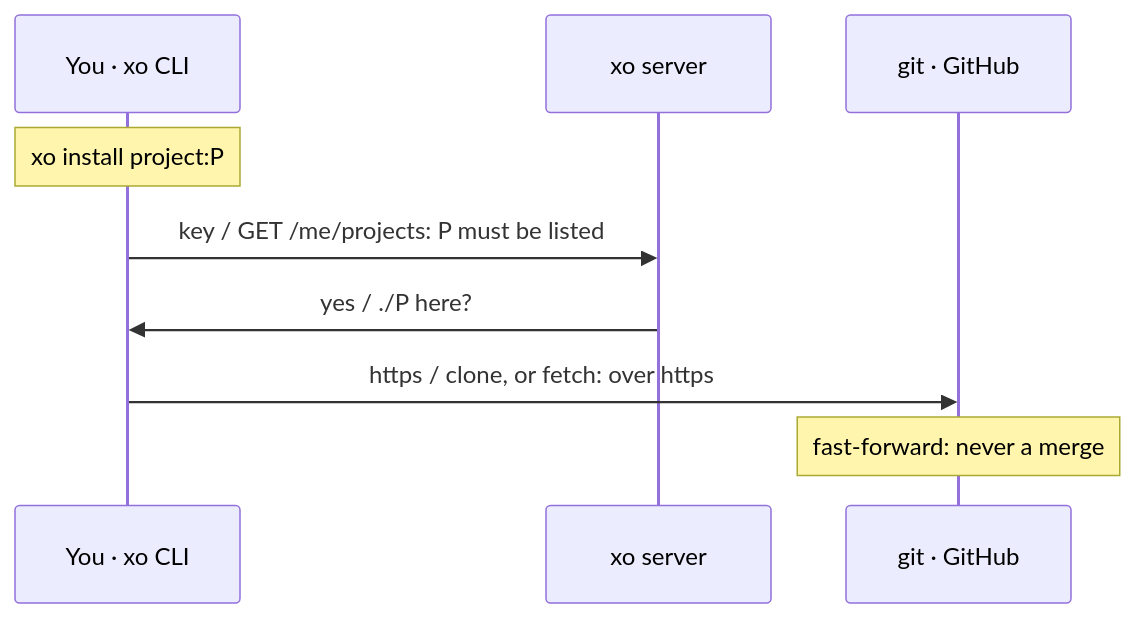
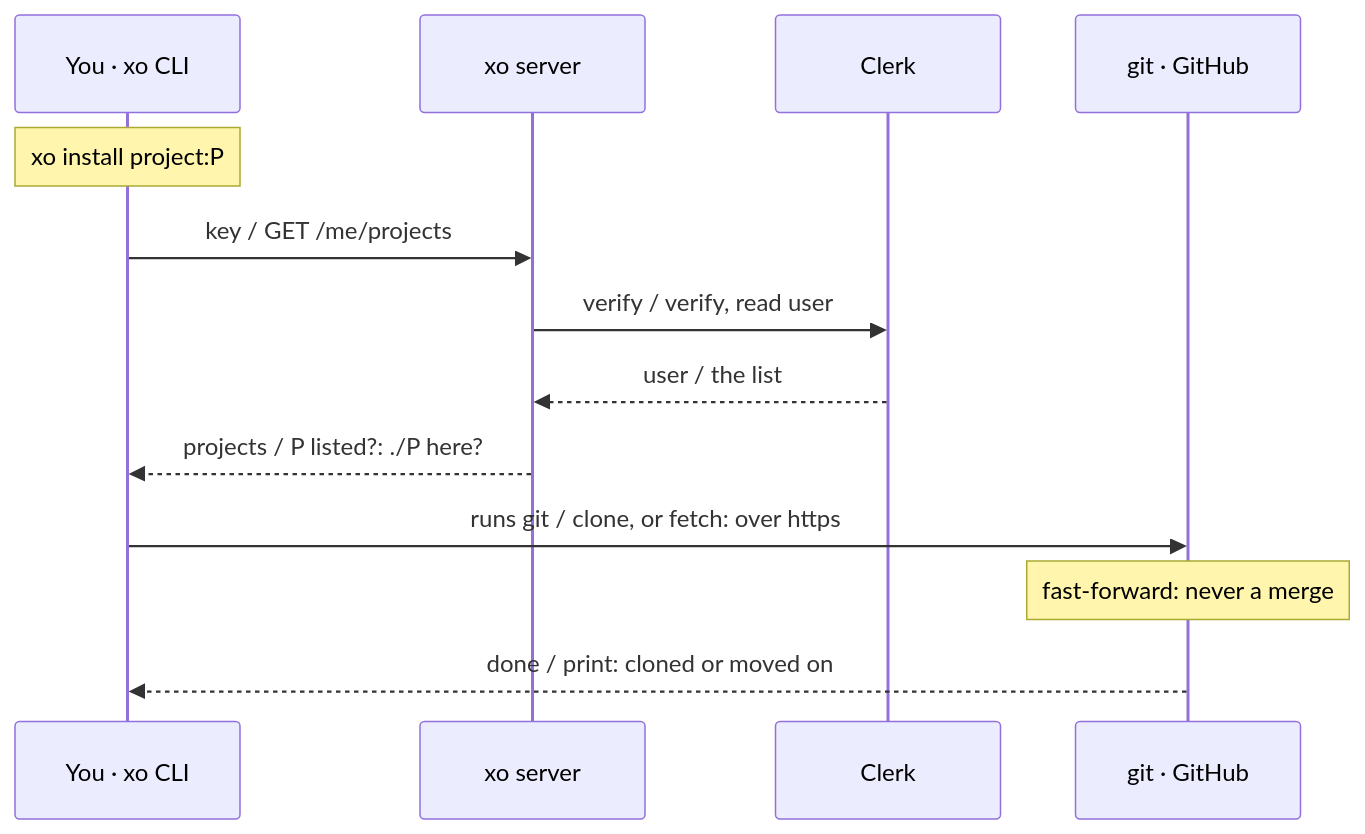
Diagram 20 of 32 in docs/architecture.md (quirq-ai/xo), drawn with Mermaid before and after one commit. The commit also changed other lines of this file and 10 other files, not shown here.

First line of the commit message:
xo create and architecture: audit fixes on top of #35 and #36

````diff
--- a/docs/architecture.md
+++ b/docs/architecture.md
@@ -375,11 +447,15 @@
 ```mermaid
 sequenceDiagram
   participant Cli as You · xo CLI
   participant Srv as xo server
+  participant Clerk as Clerk
   participant Git as git · GitHub
   Note over Cli: xo install project:P
-  Cli->>Srv: key / GET /me/projects: P must be listed
-  Srv->>Cli: yes / ./P here?
-  Cli->>Git: https / clone, or fetch: over https
+  Cli->>Srv: key / GET /me/projects
+  Srv->>Clerk: verify / verify, read user
+  Clerk-->>Srv: user / the list
+  Srv-->>Cli: projects / P listed?: ./P here?
+  Cli->>Git: runs git / clone, or fetch: over https
   Note over Git: fast-forward: never a merge
+  Git-->>Cli: done / print: cloned or moved on
 ```
````
